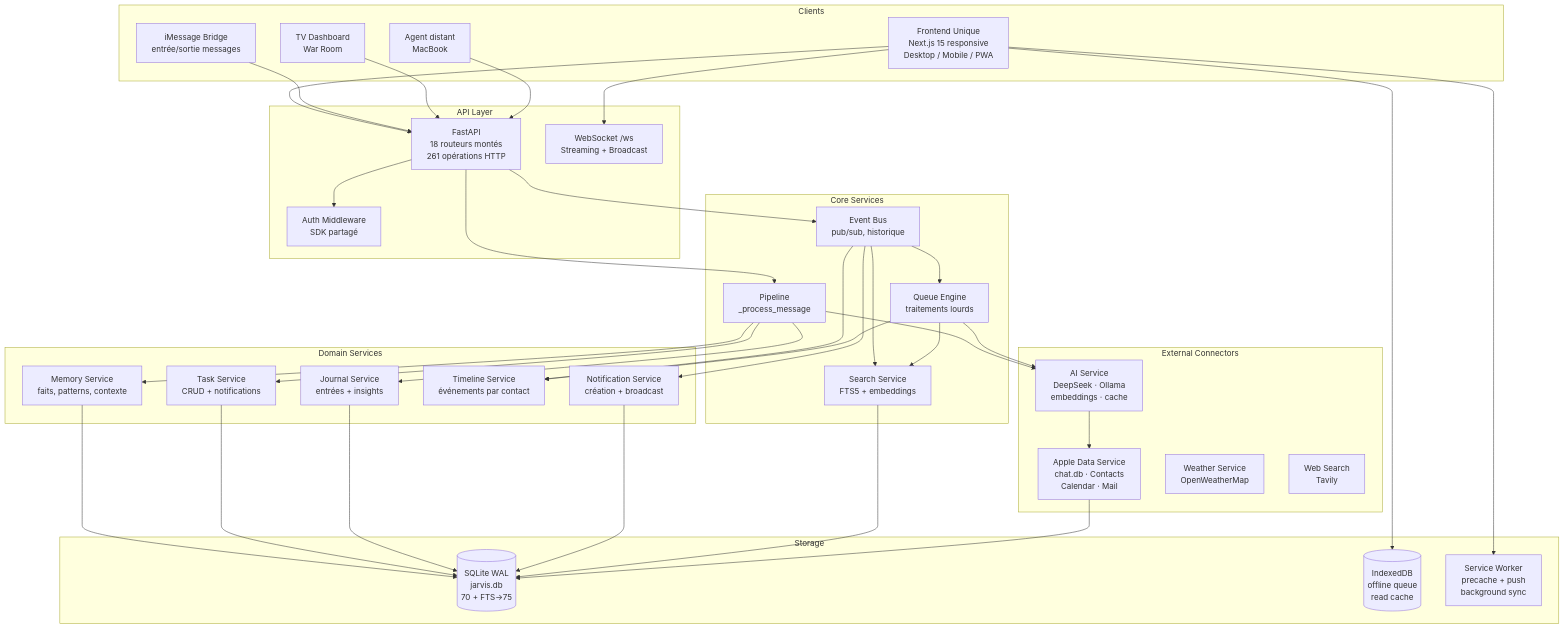
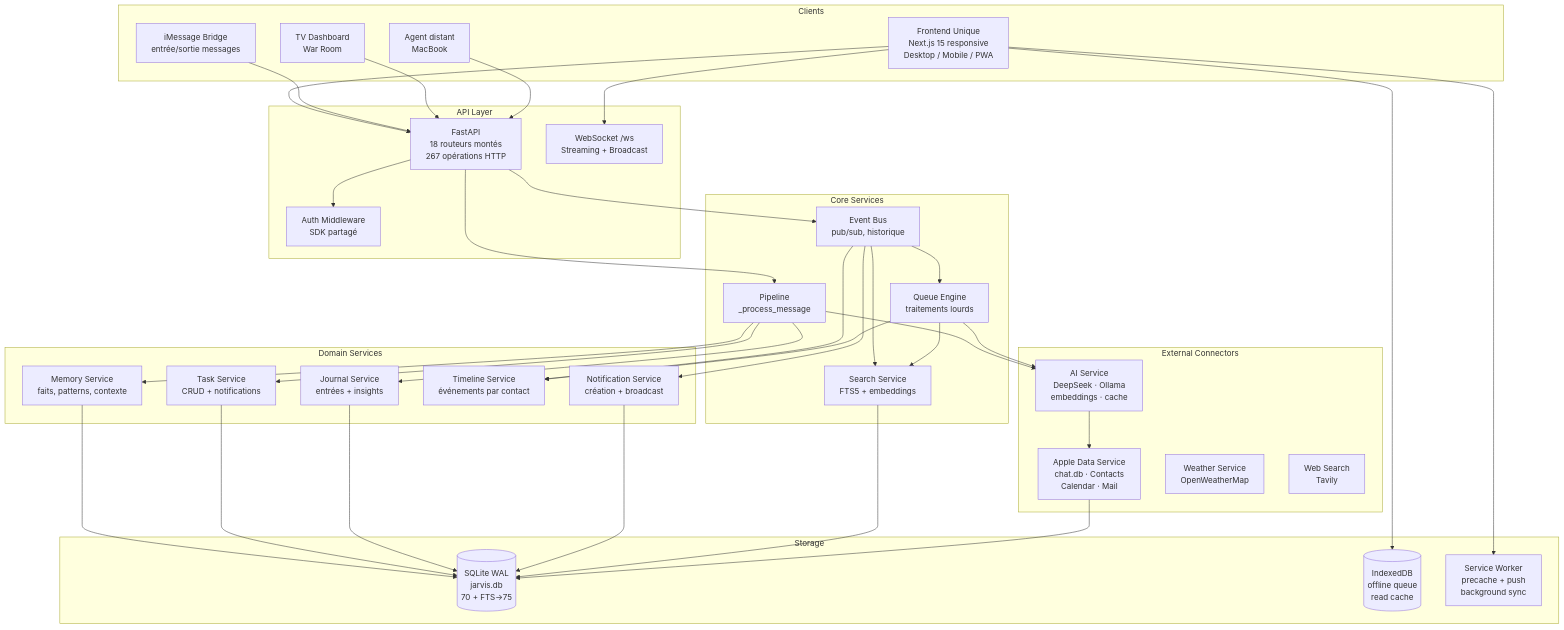
Before and after one commit to AVTAVANTTOUT2/JarvisAPI: the first of 3 diagrams in Architecture/08_ARCHITECTURE_CIBLE.md, drawn with Mermaid. The commit also changed 26 other files, not shown here.

````diff
--- a/Architecture/08_ARCHITECTURE_CIBLE.md
+++ b/Architecture/08_ARCHITECTURE_CIBLE.md
@@ -12,79 +12,79 @@
 ```mermaid
 graph TB
     subgraph "Clients"
         FRONT["Frontend Unique<br/>Next.js 15 responsive<br/>Desktop / Mobile / PWA"]
         IMESSAGE_BRIDGE["iMessage Bridge<br/>entrée/sortie messages"]
         TV["TV Dashboard<br/>War Room"]
         AGENT["Agent distant<br/>MacBook"]
     end
 
     subgraph "API Layer"
-        API["FastAPI<br/>18 routeurs montés<br/>261 opérations HTTP"]
+        API["FastAPI<br/>18 routeurs montés<br/>267 opérations HTTP"]
         WS["WebSocket /ws<br/>Streaming + Broadcast"]
         AUTH["Auth Middleware<br/>SDK partagé"]
     end
 
     subgraph "Core Services"
         ORCH["Pipeline<br/>_process_message"]
         EVENT_BUS["Event Bus<br/>pub/sub, historique"]
         QUEUE["Queue Engine<br/>traitements lourds"]
         SEARCH["Search Service<br/>FTS5 + embeddings"]
     end
 
     subgraph "Domain Services"
         MEMORY["Memory Service<br/>faits, patterns, contexte"]
         TASK["Task Service<br/>CRUD + notifications"]
         JOURNAL["Journal Service<br/>entrées + insights"]
         TIMELINE["Timeline Service<br/>événements par contact"]
         NOTIF["Notification Service<br/>création + broadcast"]
     end
 
     subgraph "External Connectors"
         APPLE["Apple Data Service<br/>chat.db ⋅ Contacts<br/>Calendar ⋅ Mail"]
         LLM["AI Service<br/>DeepSeek ⋅ Ollama<br/>embeddings ⋅ cache"]
         WEATHER["Weather Service<br/>OpenWeatherMap"]
         WEB_SEARCH["Web Search<br/>Tavily"]
     end
 
     subgraph "Storage"
         SQLITE[(SQLite WAL<br/>jarvis.db<br/>70 + FTS→75)]
         IDB[(IndexedDB<br/>offline queue<br/>read cache)]
         SW["Service Worker<br/>precache + push<br/>background sync"]
     end
 
     FRONT --> API
     FRONT --> WS
     IMESSAGE_BRIDGE --> API
     TV --> API
     AGENT --> API
 
     API --> AUTH
     API --> ORCH
     API --> EVENT_BUS
 
     ORCH --> MEMORY
     ORCH --> TASK
     ORCH --> JOURNAL
     ORCH --> LLM
 
     EVENT_BUS --> NOTIF
     EVENT_BUS --> QUEUE
     EVENT_BUS --> TIMELINE
     EVENT_BUS --> SEARCH
 
     QUEUE --> LLM
     QUEUE --> SEARCH
     QUEUE --> TIMELINE
 
     MEMORY --> SQLITE
     TASK --> SQLITE
     JOURNAL --> SQLITE
     NOTIF --> SQLITE
     SEARCH --> SQLITE
 
     APPLE --> SQLITE
     LLM --> APPLE
 
     FRONT --> IDB
     FRONT --> SW
 ```
````
